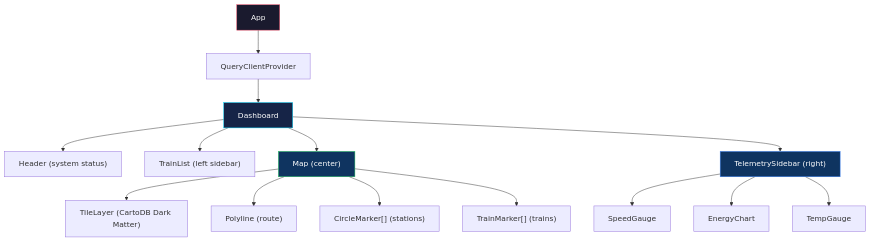
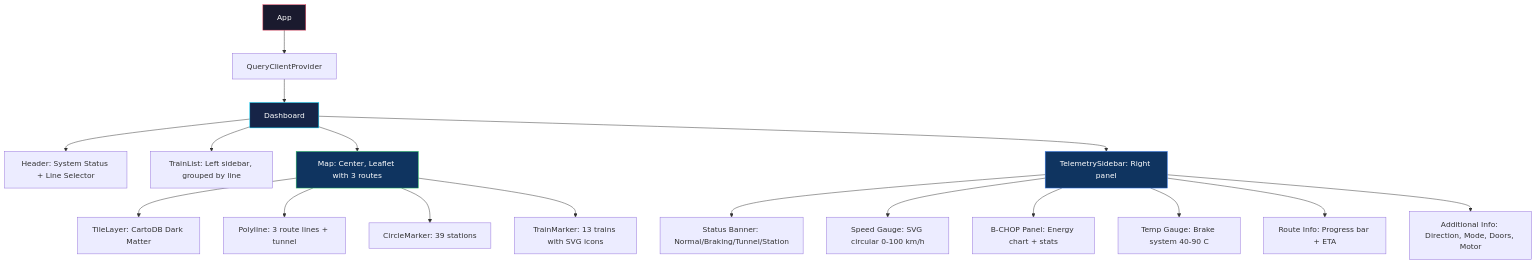
Before and after one commit to AngelP17/rail: the third of 3 diagrams in hmax-lite/docs/architecture.md, drawn with Mermaid. The commit also changed other lines of this file and 9 other files, not shown here.

First line of the commit message:
feat: add mock data layer for offline dashboard operation

````diff
--- a/hmax-lite/docs/architecture.md
+++ b/hmax-lite/docs/architecture.md
@@ -98,23 +102,26 @@
 ```mermaid
 flowchart TB
     App --> QCP[QueryClientProvider]
     QCP --> Dashboard
-    Dashboard --> Header["Header (system status)"]
-    Dashboard --> TrainList["TrainList (left sidebar)"]
-    Dashboard --> Map["Map (center)"]
-    Dashboard --> Telemetry["TelemetrySidebar (right)"]
+    Dashboard --> Header["Header: System Status + Line Selector"]
+    Dashboard --> TrainList["TrainList: Left sidebar, grouped by line"]
+    Dashboard --> Map["Map: Center, Leaflet with 3 routes"]
+    Dashboard --> Telemetry["TelemetrySidebar: Right panel"]
     
-    Map --> TileLayer["TileLayer (CartoDB Dark Matter)"]
-    Map --> Polyline["Polyline (route)"]
-    Map --> CircleMarker["CircleMarker[] (stations)"]
-    Map --> TrainMarker["TrainMarker[] (trains)"]
+    Map --> TileLayer["TileLayer: CartoDB Dark Matter"]
+    Map --> Polyline["Polyline: 3 route lines + tunnel"]
+    Map --> CircleMarker["CircleMarker: 39 stations"]
+    Map --> TrainMarker["TrainMarker: 13 trains with SVG icons"]
     
-    Telemetry --> SpeedGauge
-    Telemetry --> EnergyChart
-    Telemetry --> TempGauge
+    Telemetry --> StatusBanner["Status Banner: Normal/Braking/Tunnel/Station"]
+    Telemetry --> SpeedGauge["Speed Gauge: SVG circular 0-100 km/h"]
+    Telemetry --> BChopPanel["B-CHOP Panel: Energy chart + stats"]
+    Telemetry --> TempGauge["Temp Gauge: Brake system 40-90 C"]
+    Telemetry --> RouteInfo["Route Info: Progress bar + ETA"]
+    Telemetry --> AdditionalInfo["Additional Info: Direction, Mode, Doors, Motor"]
     
     style App fill:#1a1a2e,stroke:#e94560,color:#fff
     style Dashboard fill:#162447,stroke:#00d9ff,color:#fff
     style Map fill:#0f3460,stroke:#22c55e,color:#fff
     style Telemetry fill:#0f3460,stroke:#3b82f6,color:#fff
 ```
````
